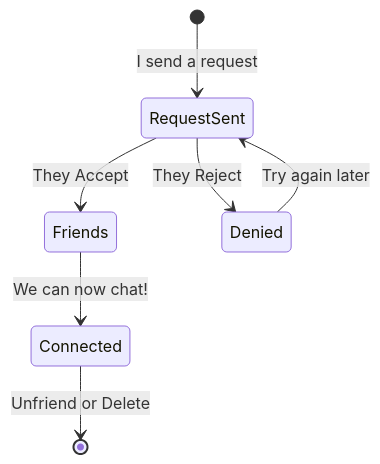
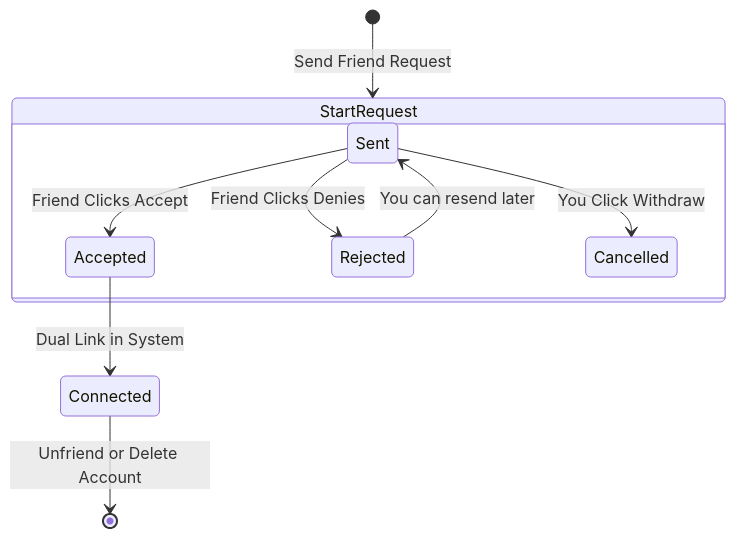
Before and after one commit to Akash-Veerla/Demographic: the sixth of 8 diagrams in docs/DIAGRAMS.md, drawn with Mermaid. The commit also changed other lines of this file, not shown here.

Commit message:
Diagrams update reflecting system update

````diff
--- a/docs/DIAGRAMS.md
+++ b/docs/DIAGRAMS.md
@@ -156,9 +166,16 @@
 ```mermaid
 stateDiagram-v2
-    [*] --> RequestSent : I send a request
-    RequestSent --> Friends : They Accept
-    RequestSent --> Denied : They Reject
-    Denied --> RequestSent : Try again later
-    Friends --> Connected : We can now chat!
-    Connected --> [*] : Unfriend or Delete
+    [*] --> StartRequest : Send Friend Request
+    
+    state StartRequest {
+        direction TB
+        Sent --> Accepted : Friend Clicks Accept
+        Sent --> Rejected : Friend Clicks Denies
+        Sent --> Cancelled : You Click Withdraw
+    }
+    
+    Accepted --> Connected : Dual Link in System
+    Rejected --> Sent : You can resend later
+    
+    Connected --> [*] : Unfriend or Delete Account
 ```
````
